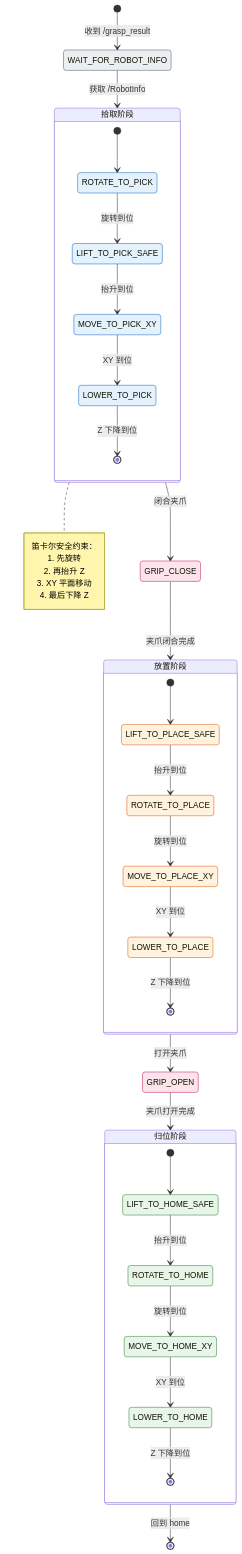
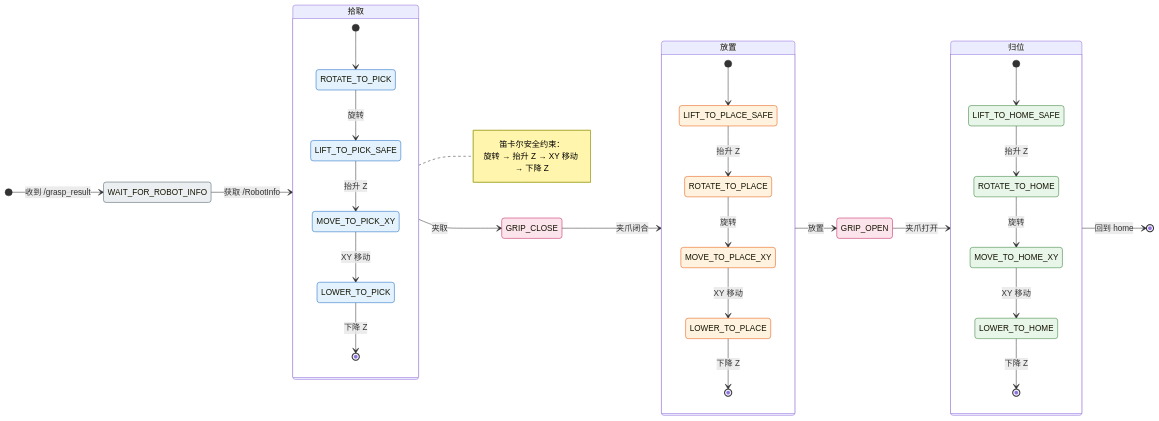
One commit to LX-HMKK/ZYH_WS changed the second of 2 diagrams in README.md. Above: the diagram before and after it, drawn with Mermaid.

Commit message:
docs(repo): README 抓取状态机图改为横向布局，减少纵向长度

````diff
--- a/README.md
+++ b/README.md
@@ -135,60 +135,58 @@
 ```mermaid
 stateDiagram-v2
+    direction LR
     [*] --> WAIT_FOR_ROBOT_INFO: 收到 /grasp_result
-    WAIT_FOR_ROBOT_INFO --> PickPhase: 获取 /RobotInfo
+    WAIT_FOR_ROBOT_INFO --> Pick: 获取 /RobotInfo
 
-    state "拾取阶段" as PickPhase {
+    state "拾取" as Pick {
         direction TB
         [*] --> ROTATE_TO_PICK
-        ROTATE_TO_PICK --> LIFT_TO_PICK_SAFE: 旋转到位
-        LIFT_TO_PICK_SAFE --> MOVE_TO_PICK_XY: 抬升到位
-        MOVE_TO_PICK_XY --> LOWER_TO_PICK: XY 到位
-        LOWER_TO_PICK --> [*]: Z 下降到位
+        ROTATE_TO_PICK --> LIFT_TO_PICK_SAFE: 旋转
+        LIFT_TO_PICK_SAFE --> MOVE_TO_PICK_XY: 抬升 Z
+        MOVE_TO_PICK_XY --> LOWER_TO_PICK: XY 移动
+        LOWER_TO_PICK --> [*]: 下降 Z
     }
 
-    PickPhase --> GRIP_CLOSE: 闭合夹爪
+    Pick --> GRIP_CLOSE: 夹取
 
-    state "放置阶段" as PlacePhase {
+    state "放置" as Place {
         direction TB
         [*] --> LIFT_TO_PLACE_SAFE
-        LIFT_TO_PLACE_SAFE --> ROTATE_TO_PLACE: 抬升到位
-        ROTATE_TO_PLACE --> MOVE_TO_PLACE_XY: 旋转到位
-        MOVE_TO_PLACE_XY --> LOWER_TO_PLACE: XY 到位
-        LOWER_TO_PLACE --> [*]: Z 下降到位
+        LIFT_TO_PLACE_SAFE --> ROTATE_TO_PLACE: 抬升 Z
+        ROTATE_TO_PLACE --> MOVE_TO_PLACE_XY: 旋转
+        MOVE_TO_PLACE_XY --> LOWER_TO_PLACE: XY 移动
+        LOWER_TO_PLACE --> [*]: 下降 Z
     }
 
-    GRIP_CLOSE --> PlacePhase: 夹爪闭合完成
-    PlacePhase --> GRIP_OPEN: 打开夹爪
+    GRIP_CLOSE --> Place: 夹爪闭合
+    Place --> GRIP_OPEN: 放置
 
-    state "归位阶段" as HomePhase {
+    state "归位" as Home {
         direction TB
         [*] --> LIFT_TO_HOME_SAFE
-        LIFT_TO_HOME_SAFE --> ROTATE_TO_HOME: 抬升到位
-        ROTATE_TO_HOME --> MOVE_TO_HOME_XY: 旋转到位
-        MOVE_TO_HOME_XY --> LOWER_TO_HOME: XY 到位
-        LOWER_TO_HOME --> [*]: Z 下降到位
+        LIFT_TO_HOME_SAFE --> ROTATE_TO_HOME: 抬升 Z
+        ROTATE_TO_HOME --> MOVE_TO_HOME_XY: 旋转
+        MOVE_TO_HOME_XY --> LOWER_TO_HOME: XY 移动
+        LOWER_TO_HOME --> [*]: 下降 Z
     }
 
-    GRIP_OPEN --> HomePhase: 夹爪打开完成
-    HomePhase --> [*]: 回到 home
+    GRIP_OPEN --> Home: 夹爪打开
+    Home --> [*]: 回到 home
 
-    note right of PickPhase
+    note right of Pick
         笛卡尔安全约束：
-        1. 先旋转
-        2. 再抬升 Z
-        3. XY 平面移动
-        4. 最后下降 Z
+        旋转 → 抬升 Z → XY 移动 → 下降 Z
     end note
 
     classDef pick fill:#e3f2fd,stroke:#1565c0
     classDef place fill:#fff3e0,stroke:#e65100
     classDef home fill:#e8f5e9,stroke:#2e7d32
     classDef grip fill:#fce4ec,stroke:#c2185b
     classDef wait fill:#eceff1,stroke:#455a64
 
     class WAIT_FOR_ROBOT_INFO wait
     class ROTATE_TO_PICK,LIFT_TO_PICK_SAFE,MOVE_TO_PICK_XY,LOWER_TO_PICK pick
     class GRIP_CLOSE,GRIP_OPEN grip
     class LIFT_TO_PLACE_SAFE,ROTATE_TO_PLACE,MOVE_TO_PLACE_XY,LOWER_TO_PLACE place
     class LIFT_TO_HOME_SAFE,ROTATE_TO_HOME,MOVE_TO_HOME_XY,LOWER_TO_HOME home
 ```
````
